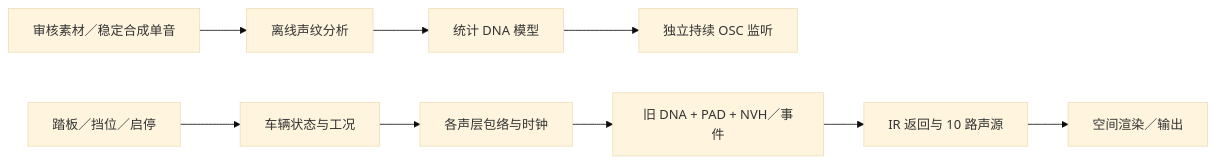
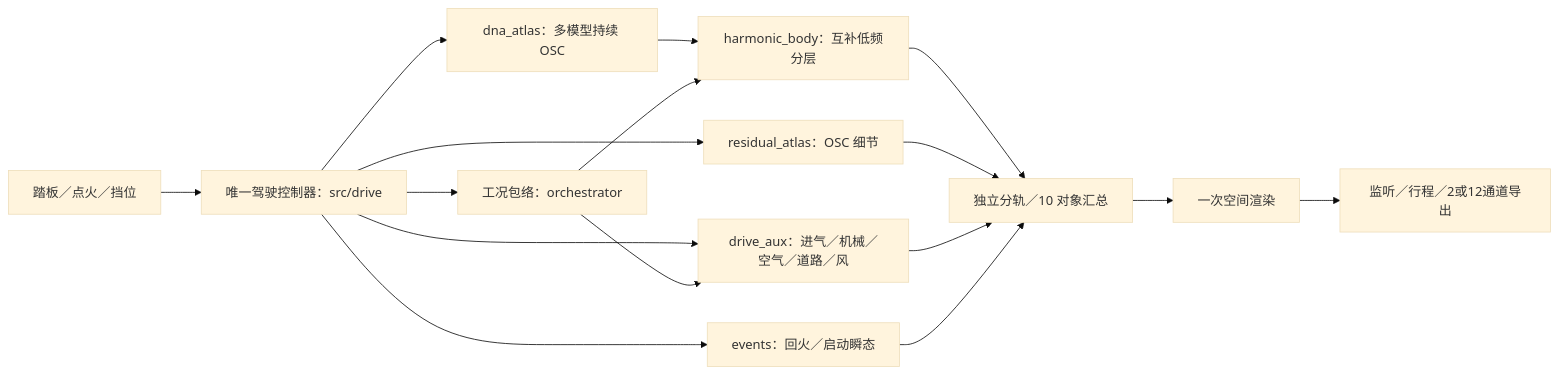
The diagram in handoff/算法说明.md (Kidrage/VehicleSoundLab), drawn with Mermaid (base theme) before and after one commit. The commit also changed other lines of this file and 12 other files, not shown here.

````diff
--- a/handoff/算法说明.md
+++ b/handoff/算法说明.md
@@ -19,11 +9,18 @@
 ```mermaid
 flowchart LR
-    A[审核素材／稳定合成单音] --> B[离线声纹分析]
-    B --> C[统计 DNA 模型]
-    C --> D[独立持续 OSC 监听]
-    E[踏板／挡位／启停] --> F[车辆状态与工况]
-    F --> G[各声层包络与时钟]
-    G --> H[旧 DNA + PAD + NVH／事件]
-    H --> I[IR 返回与 10 路声源]
-    I --> J[空间渲染／输出]
+    UI[踏板／点火／挡位] --> CTRL[唯一驾驶控制器：src/drive]
+    CTRL --> ENV[工况包络：orchestrator]
+    CTRL --> DNA[dna_atlas：多模型持续 OSC]
+    DNA --> BODY[harmonic_body：互补低频分层]
+    CTRL --> DETAIL[residual_atlas：OSC 细节]
+    CTRL --> AUX[drive_aux：进气／机械／空气／道路／风]
+    CTRL --> EVT[events：回火／启动瞬态]
+    ENV --> BODY
+    ENV --> AUX
+    BODY --> BUS[独立分轨／10 对象汇总]
+    DETAIL --> BUS
+    AUX --> BUS
+    EVT --> BUS
+    BUS --> SPACE[一次空间渲染]
+    SPACE --> HOST[监听／行程／2或12通道导出]
 ```
````
